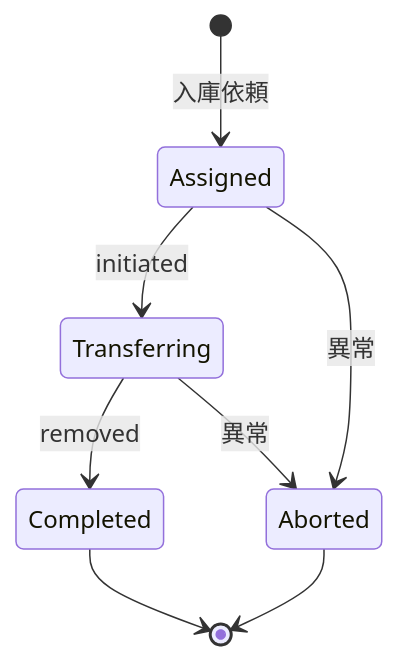
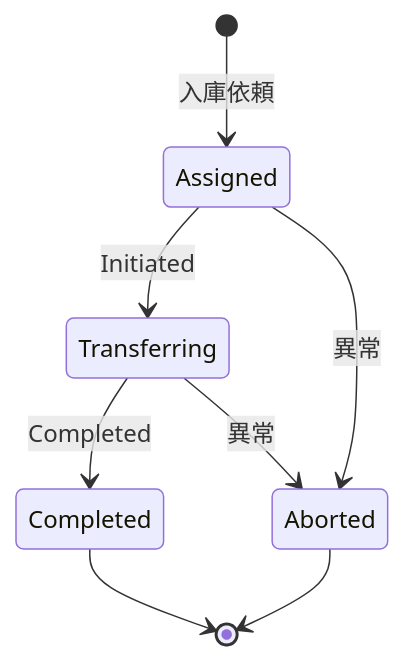
One commit to YE0250OCHI/FinalAssignment_TeamA changed the second of 3 diagrams in docs/server/job_rules.md. Above: the diagram before and after it, drawn with Mermaid. The commit also changed other lines of this file, not shown here.

````diff
--- a/docs/server/job_rules.md
+++ b/docs/server/job_rules.md
@@ -179,15 +179,15 @@
 ``` mermaid
 stateDiagram-v2
 
 [*] --> Assigned : 入庫依頼
 
-Assigned --> Transferring : initiated
+Assigned --> Transferring : Initiated
 
-Transferring --> Completed : removed
+Transferring --> Completed : Completed
 
 Assigned --> Aborted : 異常
 Transferring --> Aborted : 異常
 
 Completed --> [*]
 Aborted --> [*]
 ```
````
